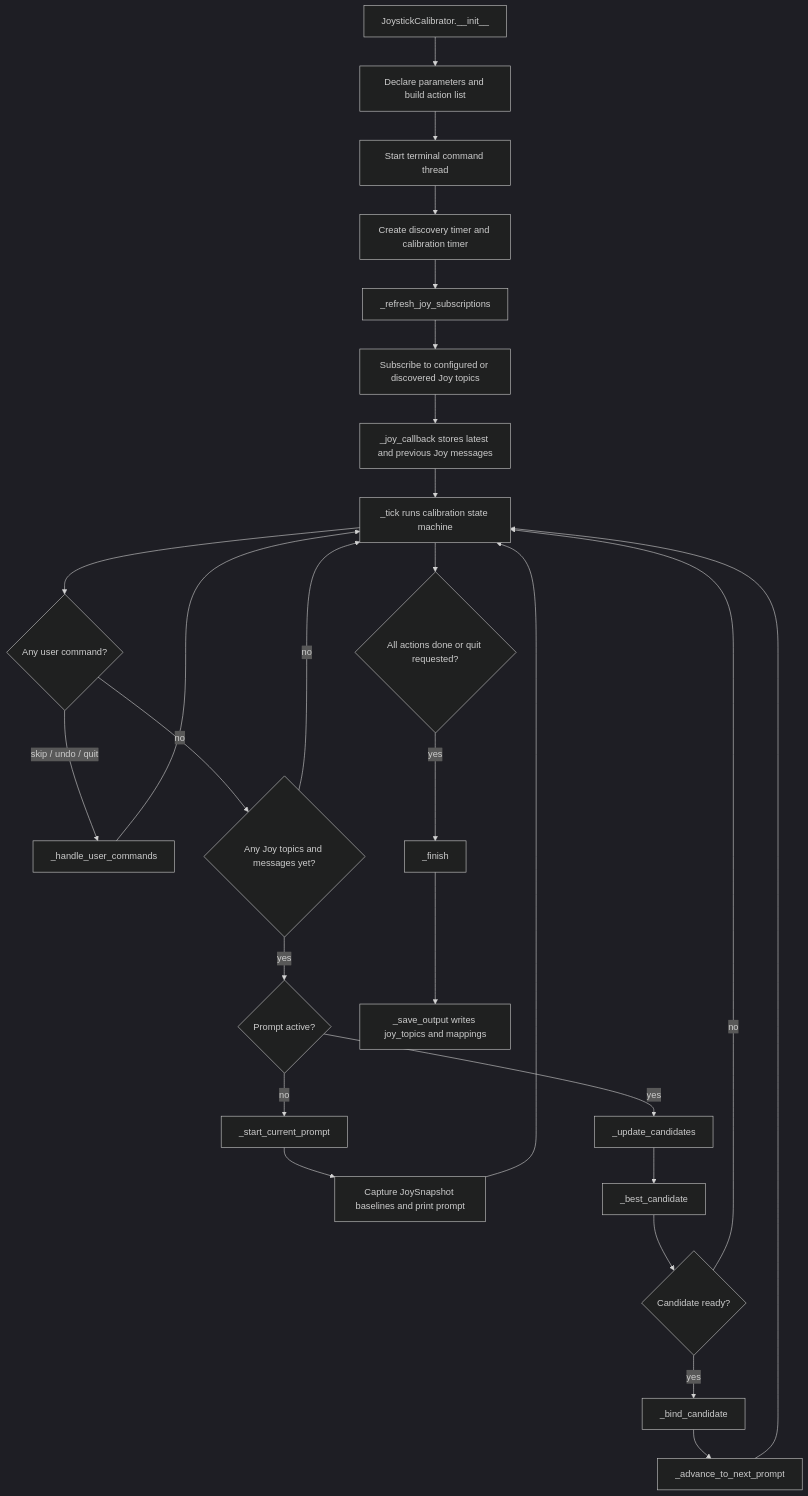
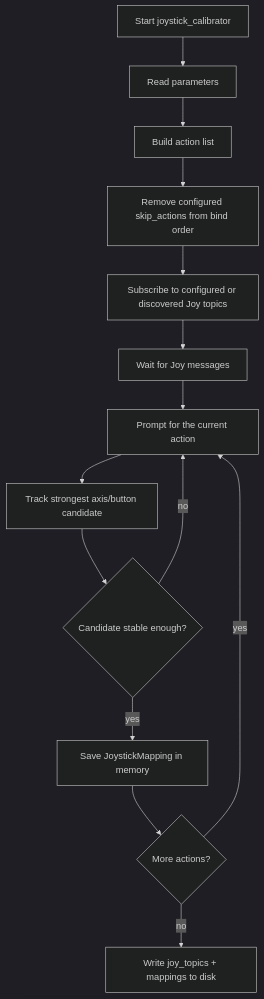
The diagram in system_documents/joystick_calibration.md (slvusd/slvrov_ros), drawn with Mermaid (dark theme) before and after one commit. The commit also changed other lines of this file and 11 other files, not shown here.

````diff
--- a/system_documents/joystick_calibration.md
+++ b/system_documents/joystick_calibration.md
@@ -49,29 +20,16 @@
 ```mermaid
 flowchart TD
-    A["JoystickCalibrator.__init__"] --> B["Declare parameters and build action list"]
-    B --> C["Start terminal command thread"]
-    C --> D["Create discovery timer and calibration timer"]
-    D --> E["_refresh_joy_subscriptions"]
-    E --> F["Subscribe to configured or discovered Joy topics"]
-    F --> G["_joy_callback stores latest and previous Joy messages"]
-    G --> H["_tick runs calibration state machine"]
-    H --> I{"Any user command?"}
-    I -- "skip / undo / quit" --> J["_handle_user_commands"]
-    J --> H
-    I -- "no" --> K{"Any Joy topics and messages yet?"}
-    K -- "no" --> H
-    K -- "yes" --> L{"Prompt active?"}
-    L -- "no" --> M["_start_current_prompt"]
-    M --> N["Capture JoySnapshot baselines and print prompt"]
-    N --> H
-    L -- "yes" --> O["_update_candidates"]
-    O --> P["_best_candidate"]
-    P --> Q{"Candidate ready?"}
-    Q -- "no" --> H
-    Q -- "yes" --> R["_bind_candidate"]
-    R --> S["_advance_to_next_prompt"]
-    S --> H
-    H --> T{"All actions done or quit requested?"}
-    T -- "yes" --> U["_finish"]
-    U --> V["_save_output writes joy_topics and mappings"]
+    A["Start joystick_calibrator"] --> B["Read parameters"]
+    B --> C["Build action list"]
+    C --> D["Remove configured skip_actions from bind order"]
+    D --> E["Subscribe to configured or discovered Joy topics"]
+    E --> F["Wait for Joy messages"]
+    F --> G["Prompt for the current action"]
+    G --> H["Track strongest axis/button candidate"]
+    H --> I{"Candidate stable enough?"}
+    I -- "no" --> G
+    I -- "yes" --> J["Save JoystickMapping in memory"]
+    J --> K{"More actions?"}
+    K -- "yes" --> G
+    K -- "no" --> L["Write joy_topics + mappings to disk"]
 ```
````
